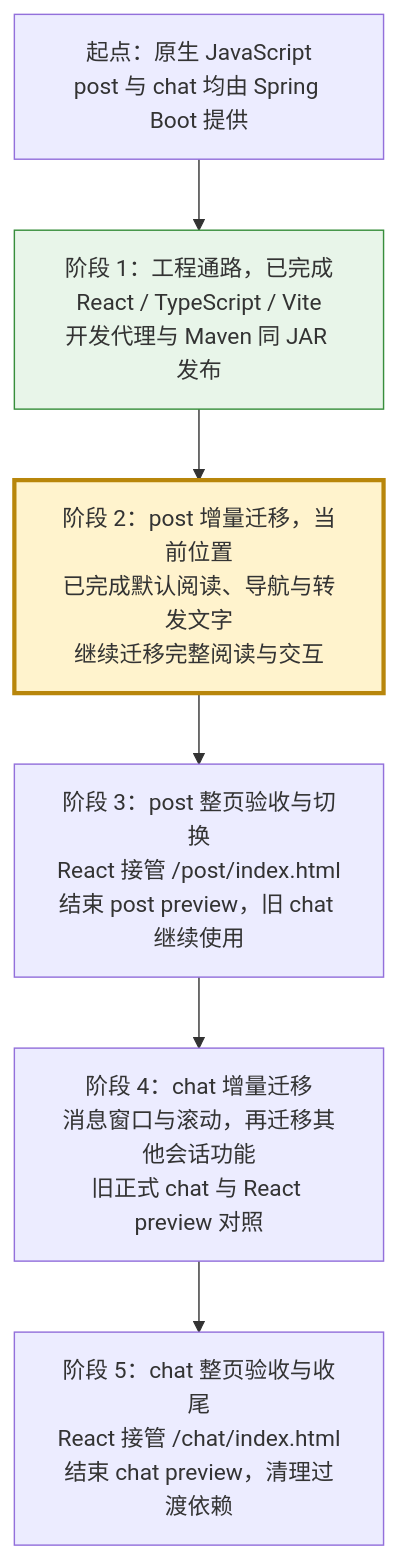
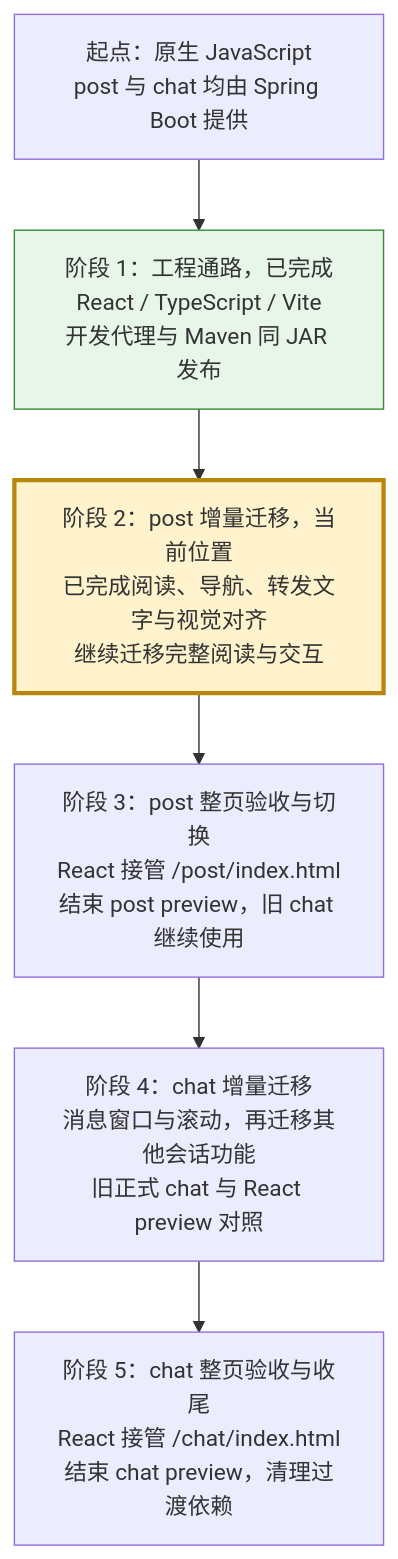
One commit to findxyz/vb-weibo-plus changed the diagram in .scratch/react-migration/PLAN.md. Above: the diagram before and after it, drawn with Mermaid. The commit also changed other lines of this file and 1 other file, not shown here.

Commit message:
docs: record post visual alignment acceptance

````diff
--- a/.scratch/react-migration/PLAN.md
+++ b/.scratch/react-migration/PLAN.md
@@ -11,14 +11,14 @@
 ```mermaid
 flowchart TD
     A["起点：原生 JavaScript<br/>post 与 chat 均由 Spring Boot 提供"]
     B["阶段 1：工程通路，已完成<br/>React / TypeScript / Vite<br/>开发代理与 Maven 同 JAR 发布"]
-    C["阶段 2：post 增量迁移，当前位置<br/>已完成默认阅读、导航与转发文字<br/>继续迁移完整阅读与交互"]
+    C["阶段 2：post 增量迁移，当前位置<br/>已完成阅读、导航、转发文字与视觉对齐<br/>继续迁移完整阅读与交互"]
     D["阶段 3：post 整页验收与切换<br/>React 接管 /post/index.html<br/>结束 post preview，旧 chat 继续使用"]
     E["阶段 4：chat 增量迁移<br/>消息窗口与滚动，再迁移其他会话功能<br/>旧正式 chat 与 React preview 对照"]
     F["阶段 5：chat 整页验收与收尾<br/>React 接管 /chat/index.html<br/>结束 chat preview，清理过渡依赖"]
     A --> B --> C --> D --> E --> F
     classDef complete fill:#e8f5e9,stroke:#388e3c
     classDef current fill:#fff3cd,stroke:#b8860b,stroke-width:3px
     class B complete
     class C current
 ```
````
